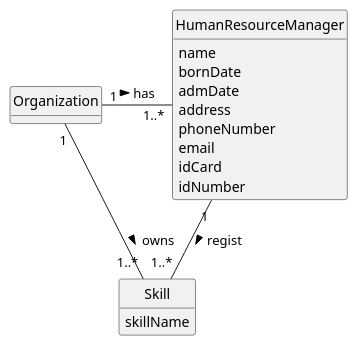
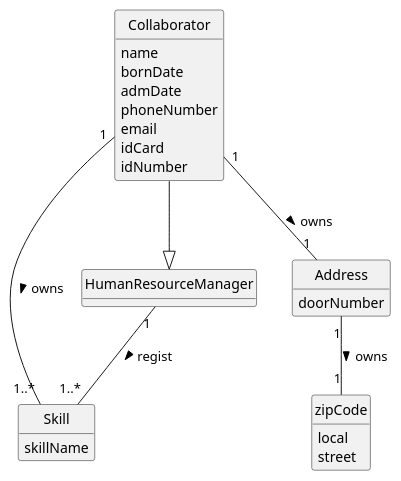
Before and after one commit to 1231360-ISEP/lei-24-s2-1db-g021: the diagram in docs/sprint2/us001/02.analysis/puml/us001-domain-model.puml, drawn with PlantUML. The commit also changed 3 other files, not shown here.

```diff
--- a/docs/sprint2/us001/02.analysis/puml/us001-domain-model.puml
+++ b/docs/sprint2/us001/02.analysis/puml/us001-domain-model.puml
@@ -1,34 +1,43 @@
 @startuml
 skinparam monochrome true
 skinparam packageStyle rectangle
 skinparam shadowing false
 
 skinparam classAttributeIconSize 0
 
 hide circle
 hide methods
 
-class Organization {
-}
-
-class HumanResourceManager {
+class Collaborator {
     name
     bornDate
     admDate
-    address
     phoneNumber
     email
     idCard
     idNumber
 }
 
+class Address {
+    doorNumber
+}
+
+class zipCode {
+    local
+    street
+}
+
+class HumanResourceManager {}
+
 class Skill {
     skillName
 }
 
 
-Organization "1" - "1..*" HumanResourceManager: has >
-Organization "1" - "1..*" Skill: owns >
+Collaborator --|> HumanResourceManager
+Collaborator "1" - "1..*" Skill: owns >
 HumanResourceManager "1" -- "1..*" Skill : regist >
+Collaborator "1" -- "1" Address: owns >
+Address "1" -- "1" zipCode : owns >
 
 @enduml
```
